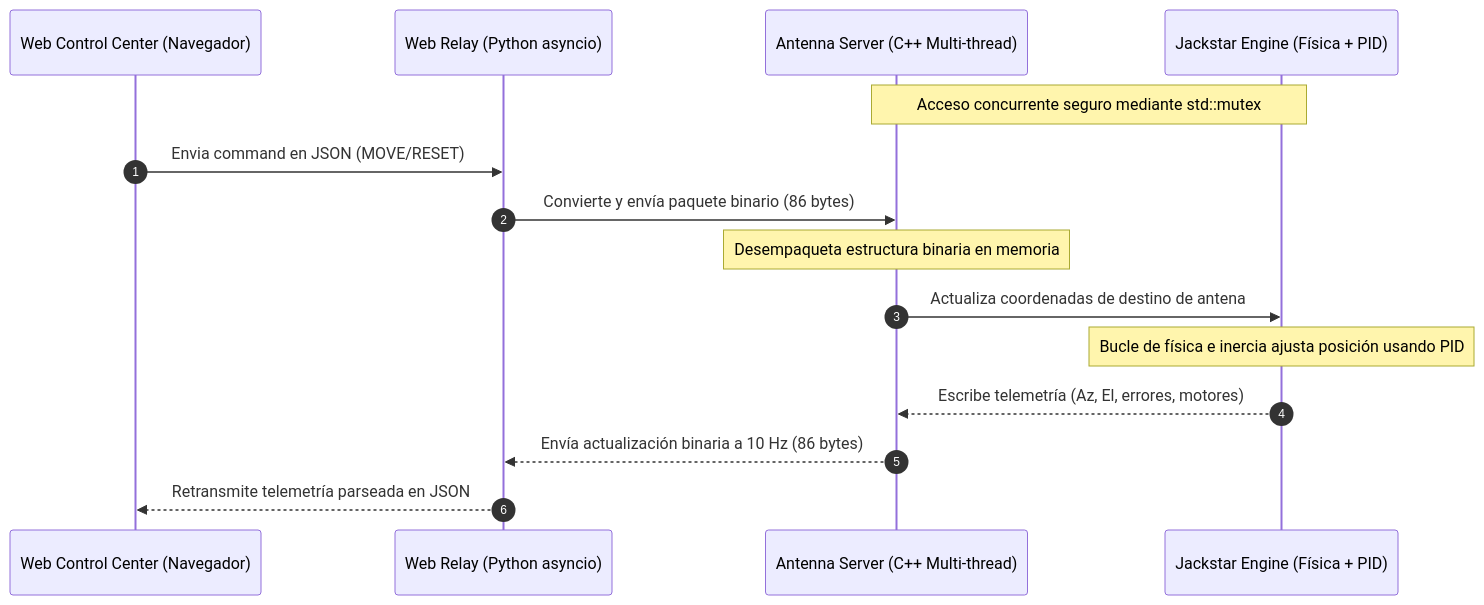
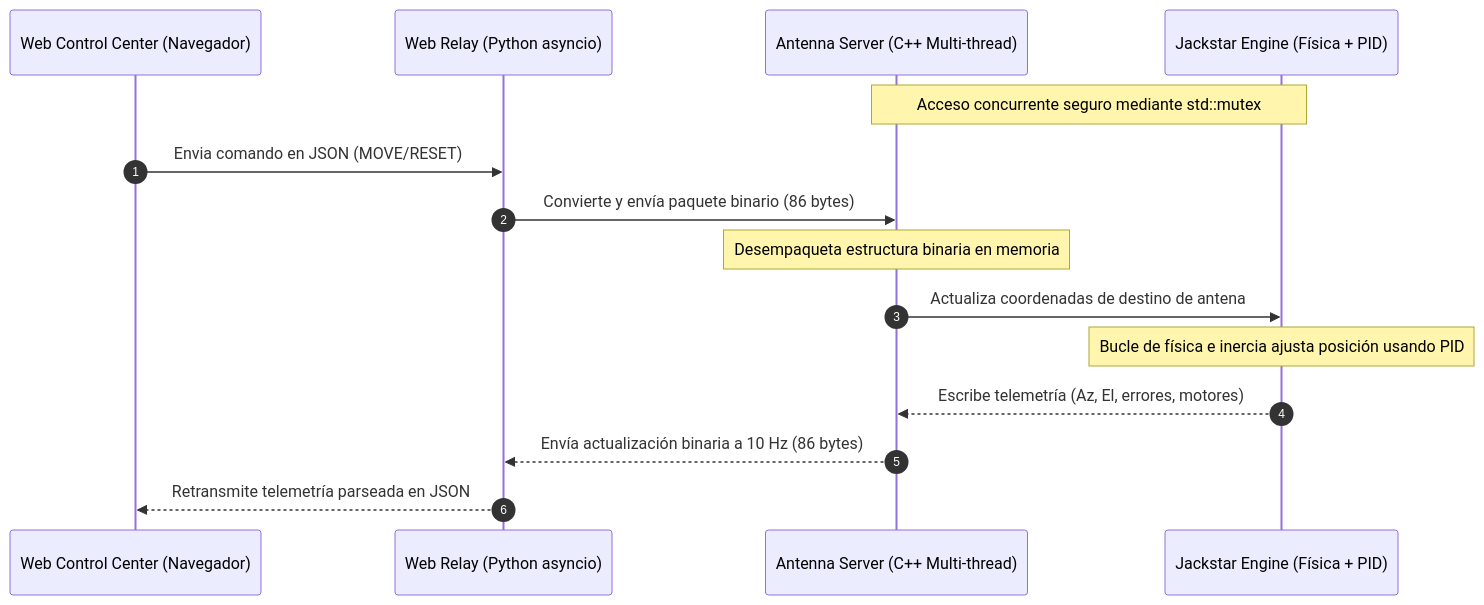
One commit to JackStar6677-1/AstroControlSim changed the second of 2 diagrams in README.md. Above: the diagram before and after it, drawn with Mermaid. The commit also changed other lines of this file, not shown here.

````diff
--- a/README.md
+++ b/README.md
@@ -78,18 +78,18 @@
 ```mermaid
 sequenceDiagram
     autonumber
     participant UI as Web Control Center (Navegador)
     participant Relay as Web Relay (Python asyncio)
     participant Srv as Antenna Server (C++ Multi-thread)
     participant Sim as Jackstar Engine (Física + PID)
 
     Note over Sim,Srv: Acceso concurrente seguro mediante std::mutex
-    UI->>Relay: Envia command en JSON (MOVE/RESET)
+    UI->>Relay: Envia comando en JSON (MOVE/RESET)
     Relay->>Srv: Convierte y envía paquete binario (86 bytes)
     Note over Srv: Desempaqueta estructura binaria en memoria
     Srv->>Sim: Actualiza coordenadas de destino de antena
     Note over Sim: Bucle de física e inercia ajusta posición usando PID
     Sim-->>Srv: Escribe telemetría (Az, El, errores, motores)
     Srv-->>Relay: Envía actualización binaria a 10 Hz (86 bytes)
     Relay-->>UI: Retransmite telemetría parseada en JSON
 ```
````
